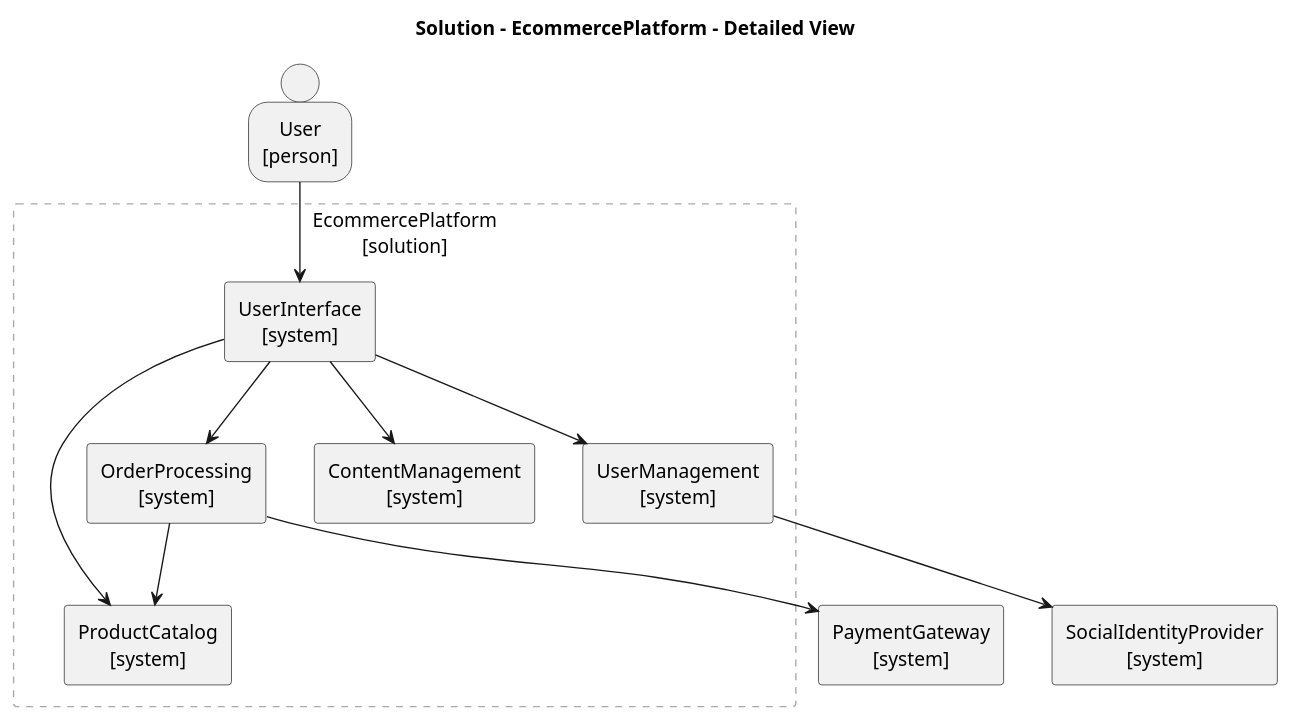
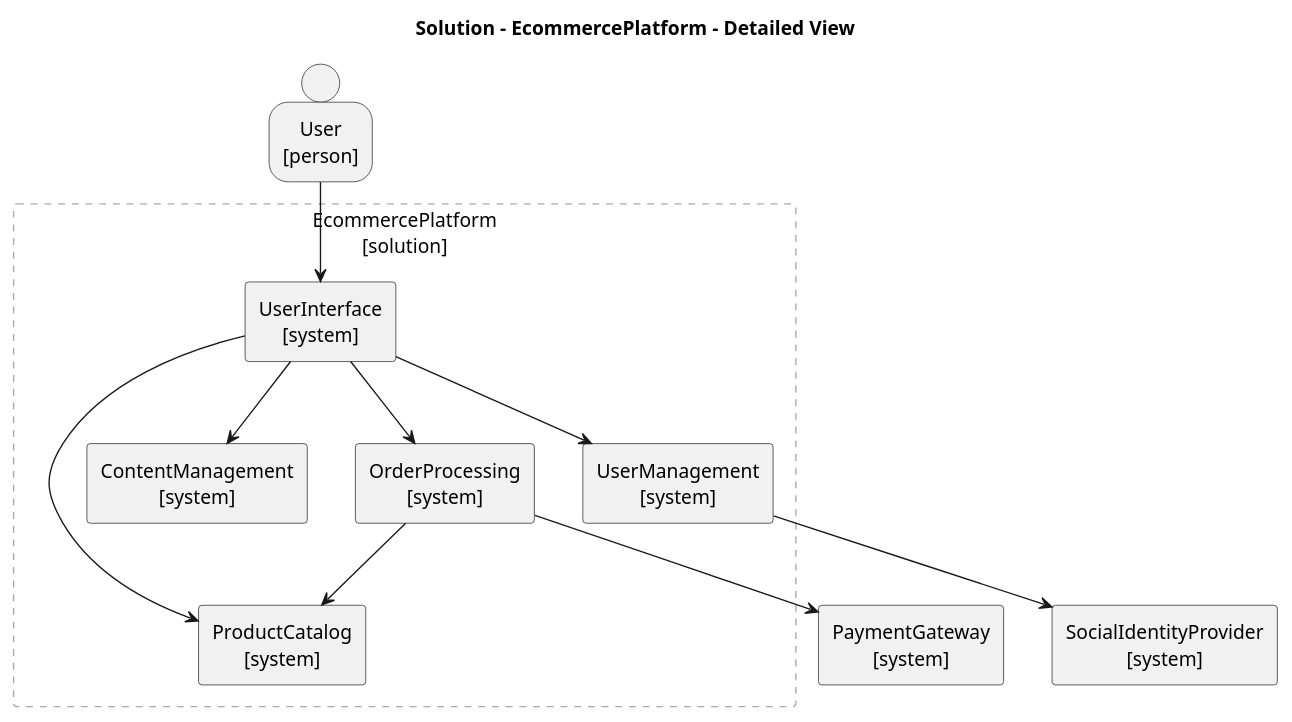
One commit to tmorin/archicode changed the diagram in src/doc/examples/design_example_step_2/views/plantuml/application/EcommercePlatform_detailed.puml. Above: the diagram before and after it, drawn with PlantUML. The commit also changed other lines of this file and 37 other files, not shown here.

```diff
--- a/src/doc/examples/design_example_step_2/views/plantuml/application/EcommercePlatform_detailed.puml
+++ b/src/doc/examples/design_example_step_2/views/plantuml/application/EcommercePlatform_detailed.puml
@@ -1,58 +1,58 @@
 @startuml EcommercePlatform_detailed
 title Solution - EcommercePlatform - Detailed View
 skinparam defaultTextAlignment center
 skinparam defaultTextAlignment<<atomic>> center
 skinparam wrapWidth 200
 skinparam maxMessageSize 150
 hide stereotype
 <style>
 .composite {
 BackgroundColor: transparent
 LineColor: darkgray
 LineStyle: 5
 FontStyle: normal
 }
 </style>
-rectangle SocialIdentityProvider <<system>> <<atomic>> [
-SocialIdentityProvider
-[system]
-]
 person User <<atomic>> <<person>> [
 User
 [person]
 ]
 rectangle EcommercePlatform as "EcommercePlatform\n[solution]" <<composite>> {
-rectangle EcommercePlatform.UserInterface <<system>> <<atomic>> [
-UserInterface
+rectangle EcommercePlatform.OrderProcessing <<system>> <<atomic>> [
+OrderProcessing
 [system]
 ]
-rectangle EcommercePlatform.OrderProcessing <<system>> <<atomic>> [
-OrderProcessing
+rectangle EcommercePlatform.ContentManagement <<system>> <<atomic>> [
+ContentManagement
 [system]
 ]
 rectangle EcommercePlatform.ProductCatalog <<system>> <<atomic>> [
 ProductCatalog
 [system]
 ]
-rectangle EcommercePlatform.ContentManagement <<system>> <<atomic>> [
-ContentManagement
+rectangle EcommercePlatform.UserManagement <<system>> <<atomic>> [
+UserManagement
 [system]
 ]
-rectangle EcommercePlatform.UserManagement <<system>> <<atomic>> [
-UserManagement
+rectangle EcommercePlatform.UserInterface <<system>> <<atomic>> [
+UserInterface
 [system]
 ]
 }
 rectangle PaymentGateway <<system>> <<atomic>> [
 PaymentGateway
 [system]
 ]
+rectangle SocialIdentityProvider <<system>> <<atomic>> [
+SocialIdentityProvider
+[system]
+]
+EcommercePlatform.UserInterface --> EcommercePlatform.ContentManagement
+User --> EcommercePlatform.UserInterface
 EcommercePlatform.OrderProcessing --> EcommercePlatform.ProductCatalog
 EcommercePlatform.OrderProcessing --> PaymentGateway
-User --> EcommercePlatform.UserInterface
 EcommercePlatform.UserManagement --> SocialIdentityProvider
+EcommercePlatform.UserInterface --> EcommercePlatform.UserManagement
 EcommercePlatform.UserInterface --> EcommercePlatform.OrderProcessing
-EcommercePlatform.UserInterface --> EcommercePlatform.UserManagement
 EcommercePlatform.UserInterface --> EcommercePlatform.ProductCatalog
-EcommercePlatform.UserInterface --> EcommercePlatform.ContentManagement
 @enduml
```
